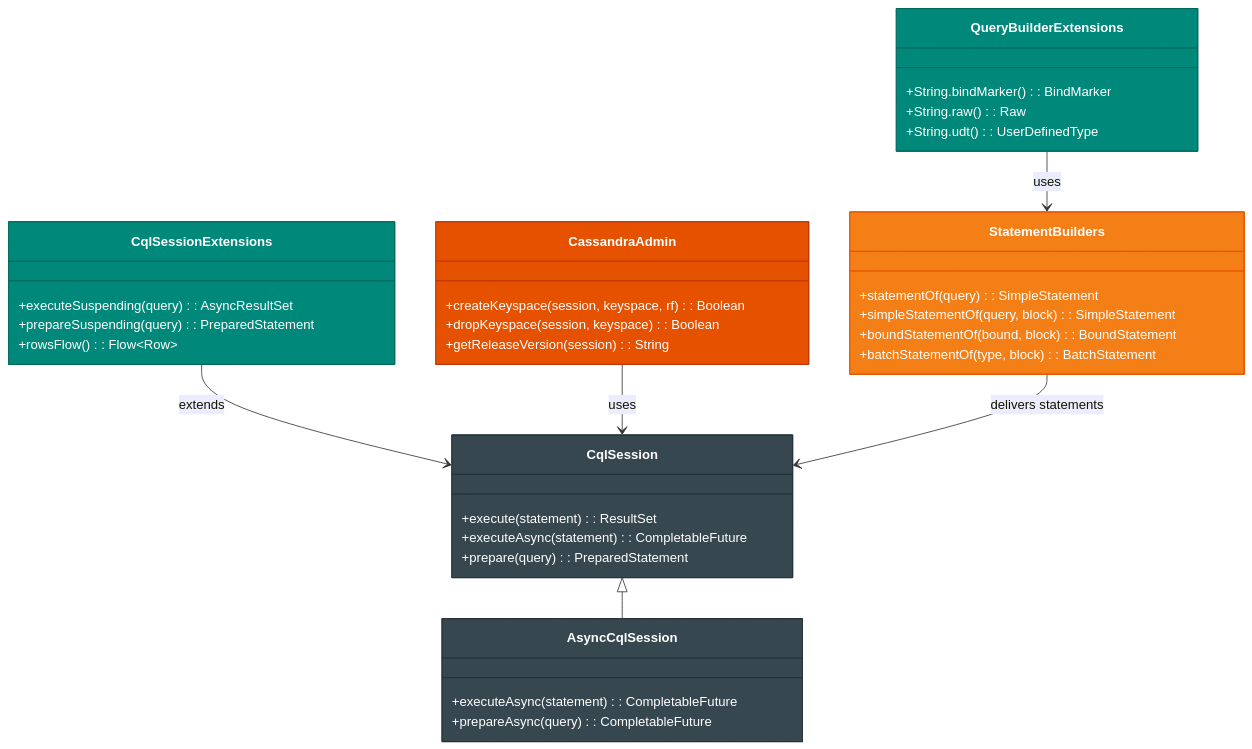
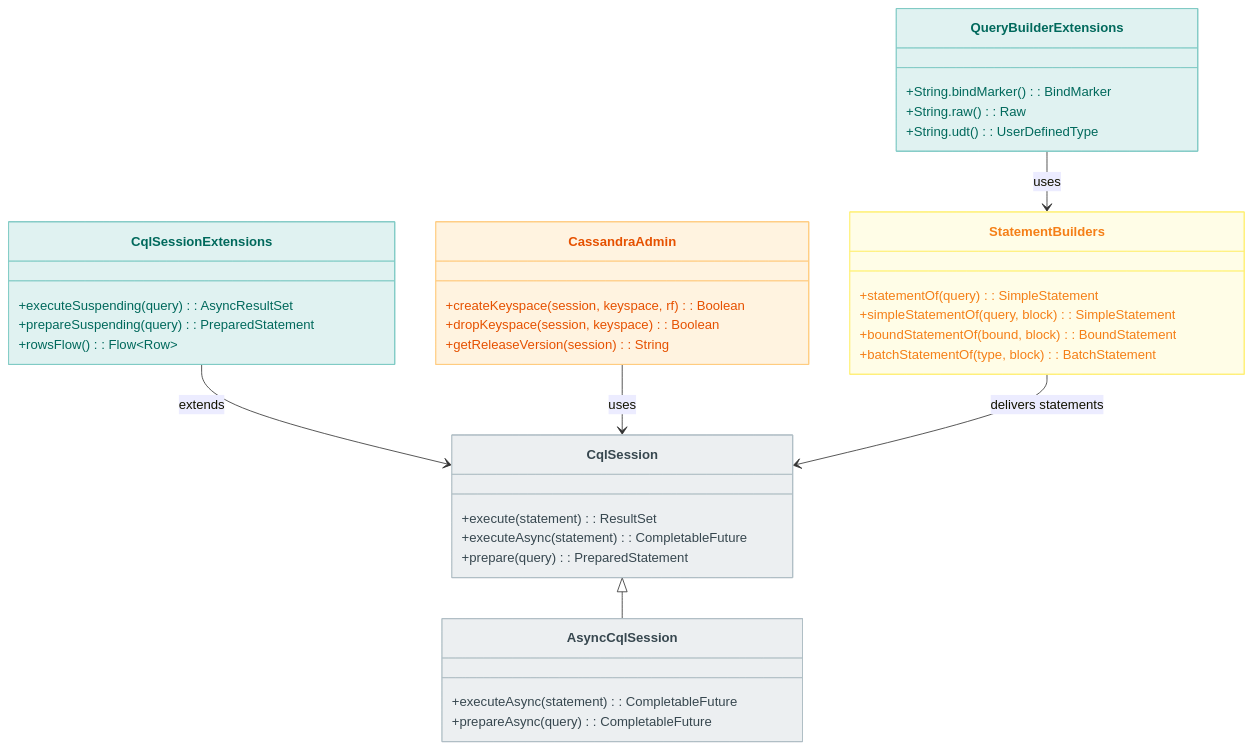
Before and after one commit to bluetape4k/bluetape4k-projects: the second of 3 diagrams in data/cassandra/README.md, drawn with Mermaid. The commit also changed other lines of this file and 219 other files, not shown here.

First line of the commit message:
docs: 전체 README Mermaid 다이어그램 가이드 적용

````diff
--- a/data/cassandra/README.md
+++ b/data/cassandra/README.md
@@ -381,45 +381,45 @@
 ```mermaid
 classDiagram
     class CqlSession {
         +execute(statement): ResultSet
         +executeAsync(statement): CompletableFuture
         +prepare(query): PreparedStatement
     }
     class AsyncCqlSession {
         +executeAsync(statement): CompletableFuture
         +prepareAsync(query): CompletableFuture
     }
     class CqlSessionExtensions {
         +executeSuspending(query): AsyncResultSet
         +prepareSuspending(query): PreparedStatement
         +rowsFlow(): Flow~Row~
     }
     class CassandraAdmin {
         +createKeyspace(session, keyspace, rf): Boolean
         +dropKeyspace(session, keyspace): Boolean
         +getReleaseVersion(session): String
     }
     class StatementBuilders {
         +statementOf(query): SimpleStatement
         +simpleStatementOf(query, block): SimpleStatement
         +boundStatementOf(bound, block): BoundStatement
         +batchStatementOf(type, block): BatchStatement
     }
     class QueryBuilderExtensions {
         +String.bindMarker(): BindMarker
         +String.raw(): Raw
         +String.udt(): UserDefinedType
     }
     CqlSession <|-- AsyncCqlSession
     CqlSessionExtensions --> CqlSession : extends
     CassandraAdmin --> CqlSession : uses
     StatementBuilders --> CqlSession : delivers statements
     QueryBuilderExtensions --> StatementBuilders : uses
 
-    style CqlSession fill:#37474F,stroke:#263238,color:#FFFFFF
-    style AsyncCqlSession fill:#37474F,stroke:#263238,color:#FFFFFF
-    style CqlSessionExtensions fill:#00897B,stroke:#00695C,color:#FFFFFF
-    style CassandraAdmin fill:#E65100,stroke:#BF360C,color:#FFFFFF
-    style StatementBuilders fill:#F57F17,stroke:#E65100,color:#FFFFFF
-    style QueryBuilderExtensions fill:#00897B,stroke:#00695C,color:#FFFFFF
+    style CqlSession fill:#ECEFF1,stroke:#B0BEC5,color:#37474F
+    style AsyncCqlSession fill:#ECEFF1,stroke:#B0BEC5,color:#37474F
+    style CqlSessionExtensions fill:#E0F2F1,stroke:#80CBC4,color:#00695C
+    style CassandraAdmin fill:#FFF3E0,stroke:#FFCC80,color:#E65100
+    style StatementBuilders fill:#FFFDE7,stroke:#FFF176,color:#F57F17
+    style QueryBuilderExtensions fill:#E0F2F1,stroke:#80CBC4,color:#00695C
 ```
````
